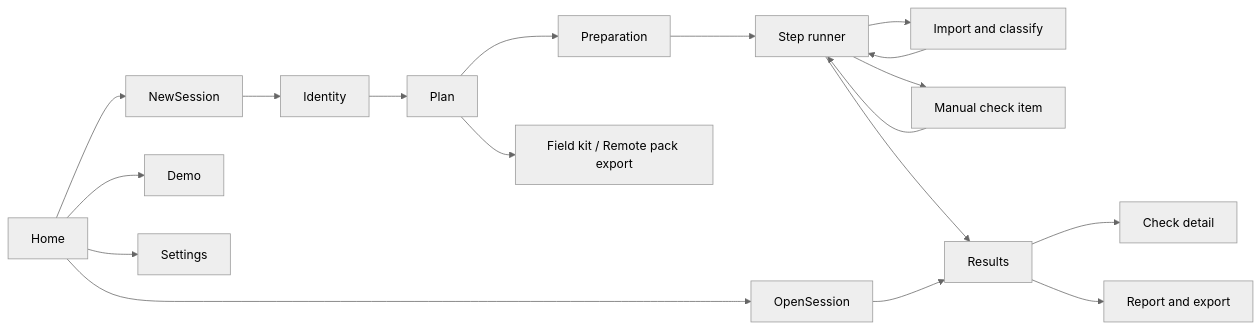
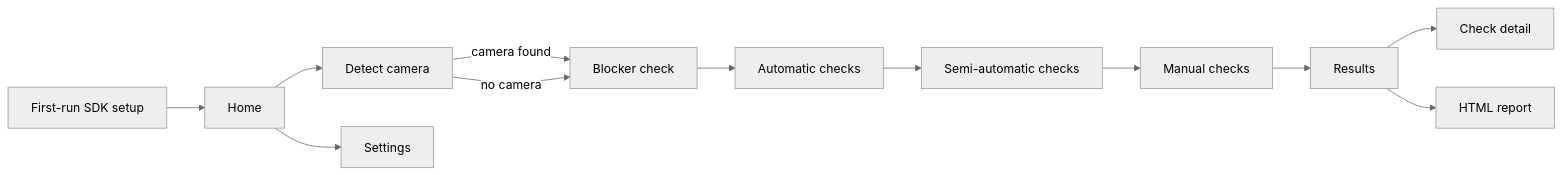
The diagram in docs/UX.md (tiennnict/camera-preflight), drawn with Mermaid (neutral theme) before and after one commit. The commit also changed other lines of this file and 2 other files, not shown here.

````diff
--- a/docs/UX.md
+++ b/docs/UX.md
@@ -52,20 +75,14 @@
 ```mermaid
 flowchart LR
-  Home --> NewSession
-  Home --> OpenSession
-  Home --> Demo
+  First[First-run SDK setup] --> Home
+  Home --> Detect[Detect camera]
+  Detect -->|camera found| Blocker[Blocker check]
+  Detect -->|no camera| Blocker
+  Blocker --> Auto[Automatic checks]
+  Auto --> Semi[Semi-automatic checks]
+  Semi --> Manual[Manual checks]
+  Manual --> Results
+  Results --> Detail[Check detail]
+  Results --> Report[HTML report]
   Home --> Settings
-  NewSession --> Identity
-  Identity --> Plan
-  Plan --> Prep[Preparation]
-  Plan --> Kit[Field kit / Remote pack export]
-  Prep --> Steps[Step runner]
-  Steps --> Import[Import and classify]
-  Import --> Steps
-  Steps --> Manual[Manual check item]
-  Manual --> Steps
-  Steps --> Results
-  Results --> Detail[Check detail]
-  Results --> Report[Report and export]
-  OpenSession --> Results
 ```
````
